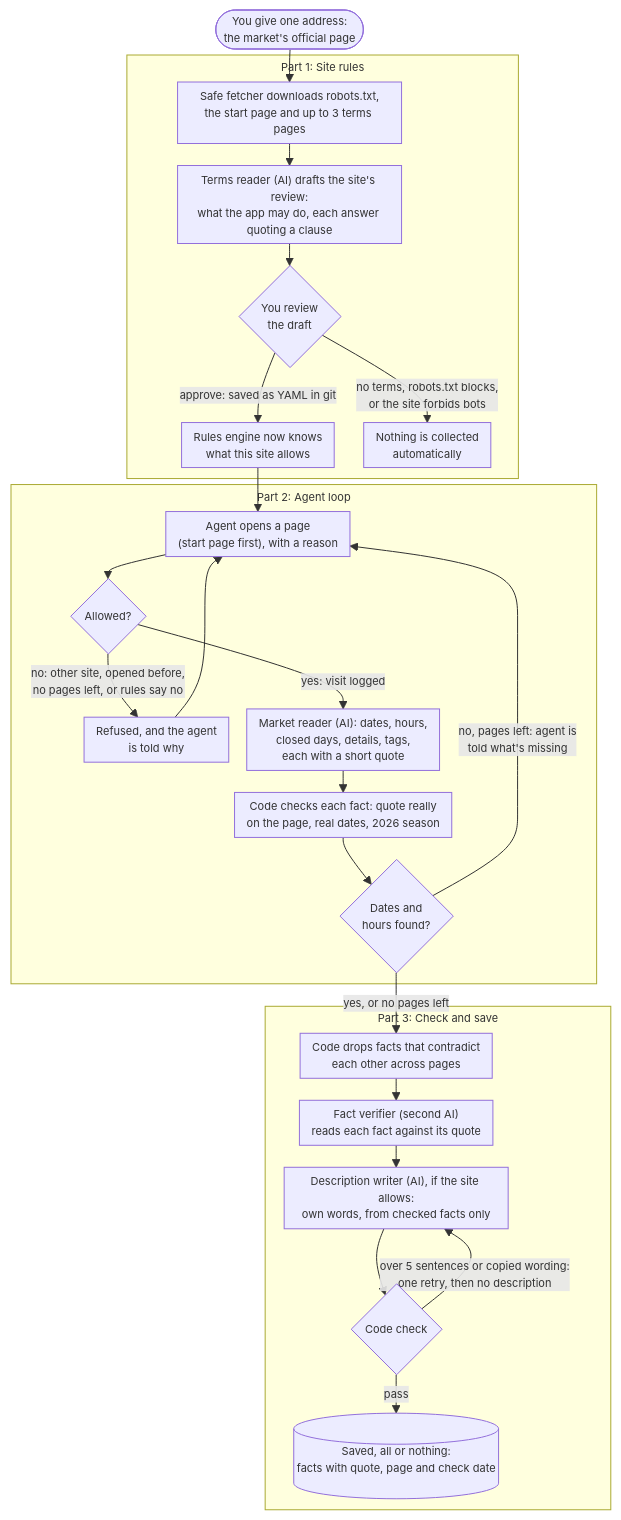
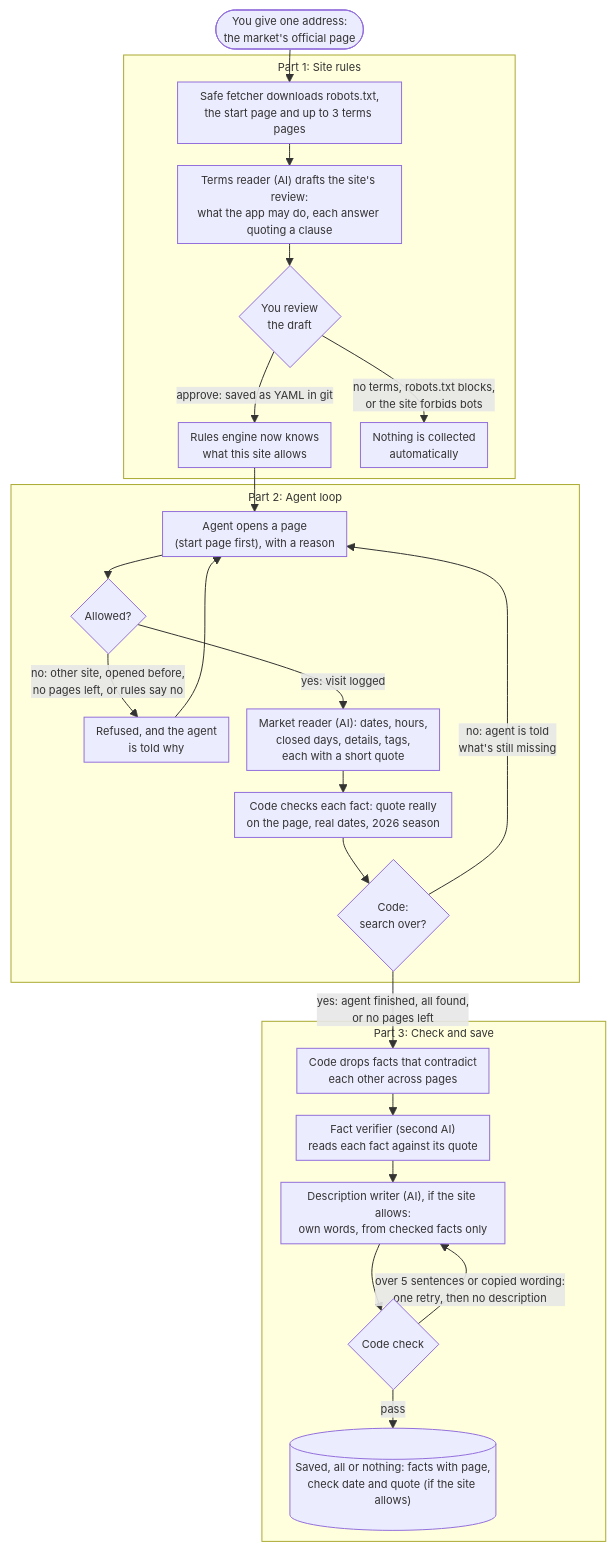
One commit to Pallavi25Kishore/MerryMapped changed the first of 3 diagrams in README.md. Above: the diagram before and after it, drawn with Mermaid. The commit also changed other lines of this file, not shown here.

First line of the commit message:
README: checked against the code and corrected

````diff
--- a/README.md
+++ b/README.md
@@ -100,37 +103,37 @@
 ```mermaid
 %%{init: {"themeVariables": {"fontSize": "11px"}, "flowchart": {"nodeSpacing": 18, "rankSpacing": 22, "padding": 6, "diagramPadding": 4, "subGraphTitleMargin": {"top": 4, "bottom": 12}}}}%%
 flowchart TD
   S(["You give one address:<br/>the market's official page"]) --> A1
 
   subgraph P1["Part 1: Site rules"]
     A1["Safe fetcher downloads robots.txt,<br/>the start page and up to 3 terms pages"]
     A1 --> A2["Terms reader (AI) drafts the site's review:<br/>what the app may do, each answer quoting a clause"]
     A2 --> A3{"You review<br/>the draft"}
     A3 -- "approve: saved as YAML in git" --> A4["Rules engine now knows<br/>what this site allows"]
     A3 -- "no terms, robots.txt blocks,<br/>or the site forbids bots" --> BLK["Nothing is collected<br/>automatically"]
   end
 
   A4 --> B1
 
   subgraph P2["Part 2: Agent loop"]
     B1["Agent opens a page<br/>(start page first), with a reason"]
     B1 --> B2{"Allowed?"}
     B2 -- "no: other site, opened before,<br/>no pages left, or rules say no" --> B6["Refused, and the agent<br/>is told why"]
     B6 --> B1
     B2 -- "yes: visit logged" --> B3["Market reader (AI): dates, hours,<br/>closed days, details, tags,<br/>each with a short quote"]
     B3 --> B4["Code checks each fact: quote really<br/>on the page, real dates, 2026 season"]
-    B4 --> B5{"Dates and<br/>hours found?"}
-    B5 -- "no, pages left: agent is<br/>told what's missing" --> B1
+    B4 --> B5{"Code:<br/>search over?"}
+    B5 -- "no: agent is told<br/>what's still missing" --> B1
   end
 
-  B5 -- "yes, or no pages left" --> C1
+  B5 -- "yes: agent finished, all found,<br/>or no pages left" --> C1
 
   subgraph P3["Part 3: Check and save"]
     C1["Code drops facts that contradict<br/>each other across pages"]
     C1 --> C2["Fact verifier (second AI)<br/>reads each fact against its quote"]
     C2 --> C3["Description writer (AI), if the site allows:<br/>own words, from checked facts only"]
     C3 --> C4{"Code check"}
     C4 -- "over 5 sentences or copied wording:<br/>one retry, then no description" --> C3
-    C4 -- "pass" --> DB[("Saved, all or nothing:<br/>facts with quote, page and check date")]
+    C4 -- "pass" --> DB[("Saved, all or nothing: facts with page,<br/>check date and quote (if the site allows)")]
   end
 ```
````
